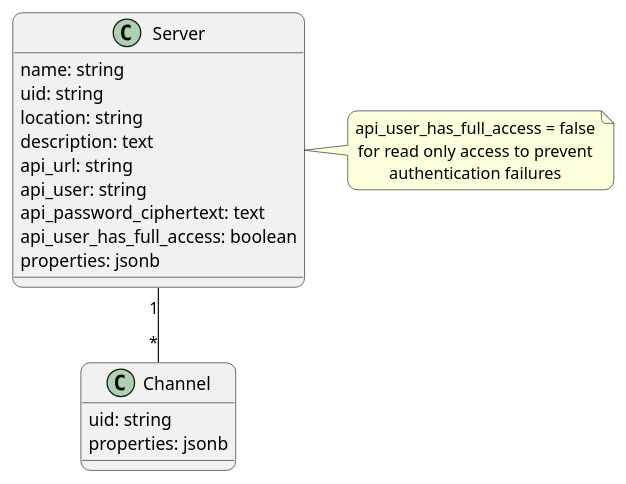
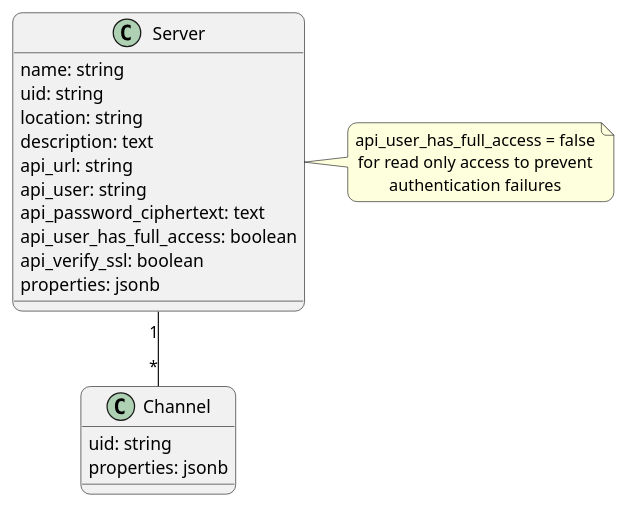
The diagram in doc/dev-notes/models.puml (swobspace/mirco), drawn with PlantUML before and after one commit. The commit also changed 11 other files, not shown here.

Commit message:
add server#api_verify_ssl

```diff
--- a/doc/dev-notes/models.puml
+++ b/doc/dev-notes/models.puml
@@ -1,29 +1,30 @@
 @startuml
 top to bottom direction
 skinparam defaultTextAlignment center
 skinparam roundCorner 15
 
 class Server  {
   name: string
   uid: string
   location: string
   description: text
   api_url: string
   api_user: string
   api_password_ciphertext: text
   api_user_has_full_access: boolean
+  api_verify_ssl: boolean
   properties: jsonb
 }
 note right of Server
   api_user_has_full_access = false
   for read only access to prevent
   authentication failures
 end note
 
 class Channel {
   uid: string
   properties: jsonb
 }
 
 Server "1" -- "*" Channel
 @enduml
```
